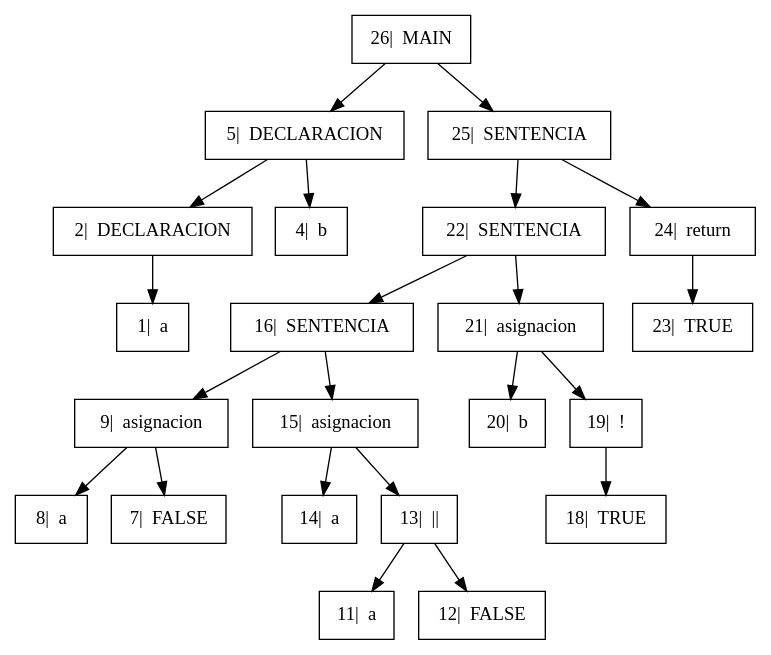
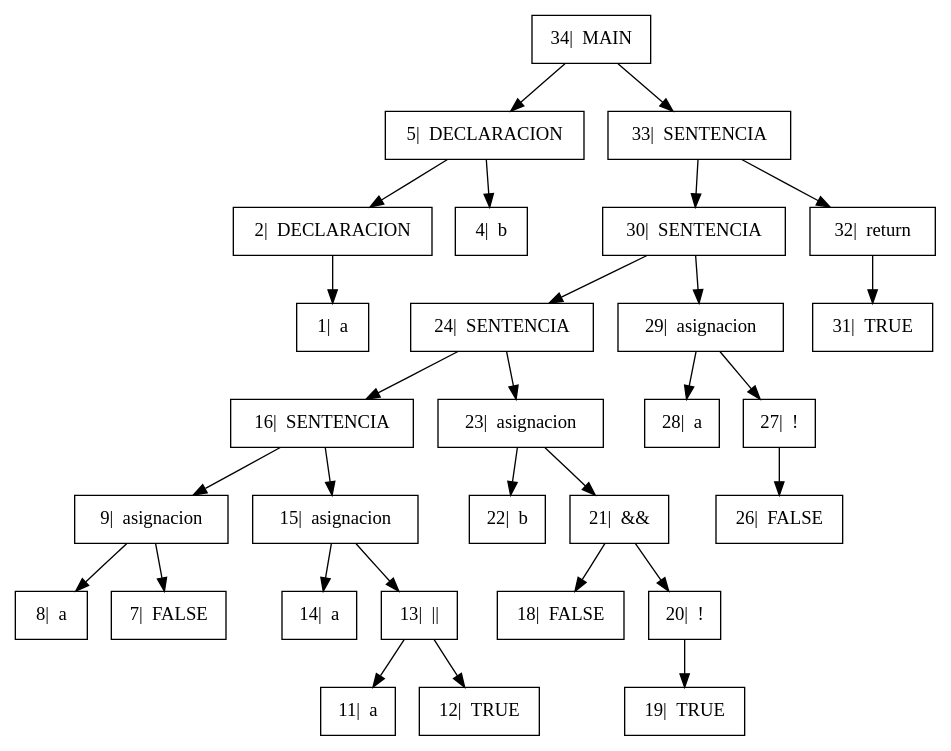
Before and after one commit to GiovA07/PRE-PROYECTO-COMPILADORES: the diagram in Proyecto/Arbol.dot, drawn with Graphviz. The commit also changed 8 other files, not shown here.

```diff
--- a/Proyecto/Arbol.dot
+++ b/Proyecto/Arbol.dot
@@ -1,18 +1,22 @@
 digraph{
 
 rankdir=TB;
 
 node[shape=box];
-"26|  MAIN" -> "5|  DECLARACION", "25|  SENTENCIA";
+"34|  MAIN" -> "5|  DECLARACION", "33|  SENTENCIA";
 "5|  DECLARACION" -> "2|  DECLARACION", "4|  b";
 "2|  DECLARACION" -> "1|  a" ;
-"25|  SENTENCIA" -> "22|  SENTENCIA", "24|  return";
-"22|  SENTENCIA" -> "16|  SENTENCIA", "21|  asignacion";
+"33|  SENTENCIA" -> "30|  SENTENCIA", "32|  return";
+"30|  SENTENCIA" -> "24|  SENTENCIA", "29|  asignacion";
+"24|  SENTENCIA" -> "16|  SENTENCIA", "23|  asignacion";
 "16|  SENTENCIA" -> "9|  asignacion", "15|  asignacion";
 "9|  asignacion" -> "8|  a", "7|  FALSE";
 "15|  asignacion" -> "14|  a", "13|  ||";
-"13|  ||" -> "11|  a", "12|  FALSE";
-"21|  asignacion" -> "20|  b", "19|  !";
-"19|  !" -> "18|  TRUE" ;
-"24|  return" -> "23|  TRUE" ;
+"13|  ||" -> "11|  a", "12|  TRUE";
+"23|  asignacion" -> "22|  b", "21|  &&";
+"21|  &&" -> "18|  FALSE", "20|  !";
+"20|  !" -> "19|  TRUE" ;
+"29|  asignacion" -> "28|  a", "27|  !";
+"27|  !" -> "26|  FALSE" ;
+"32|  return" -> "31|  TRUE" ;
 }
```
